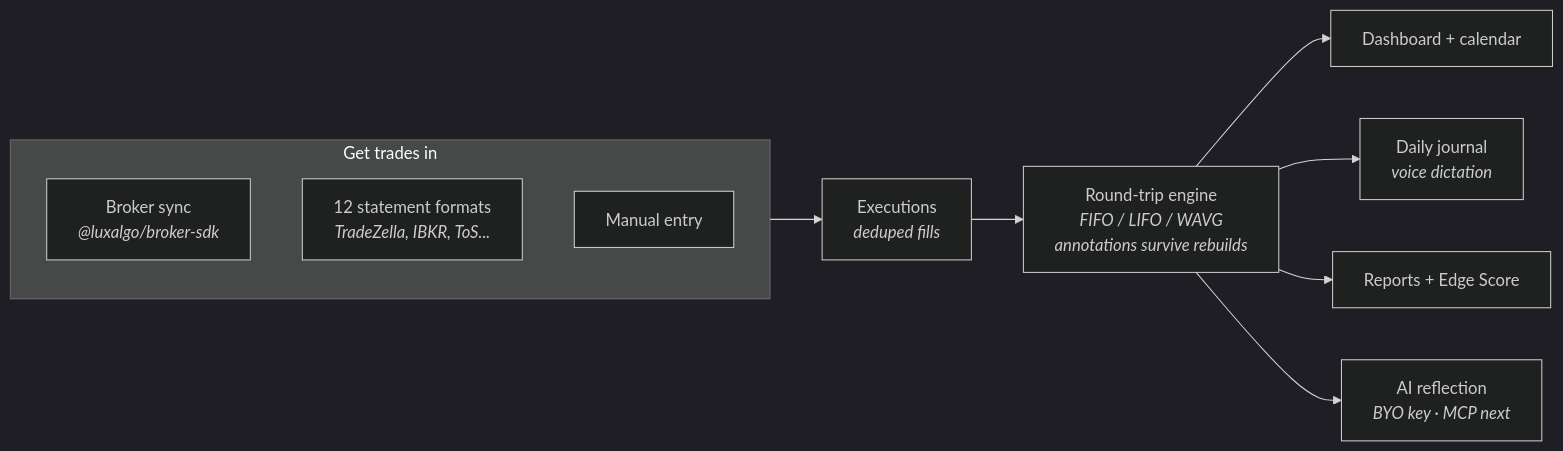
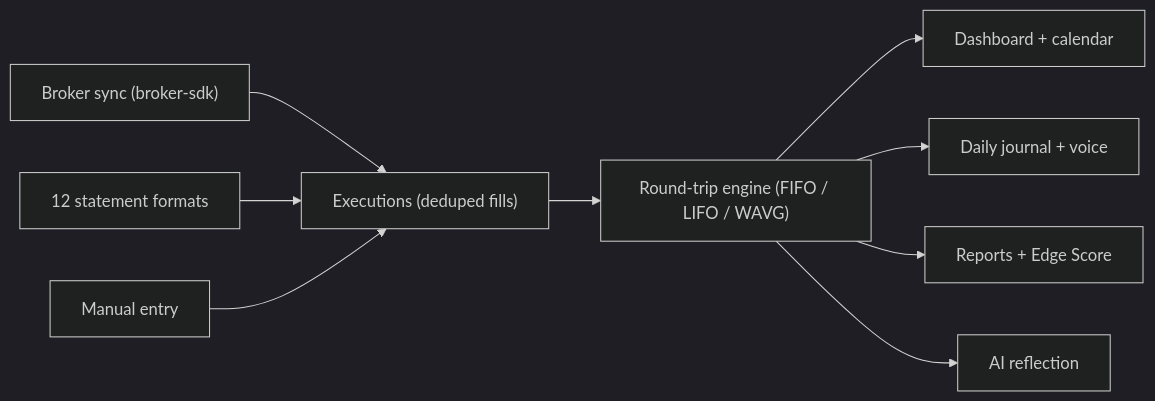
Before and after one commit to fiandev/trade-journal: the diagram in README.md, drawn with Mermaid (dark theme).

Commit message:
readme: simplify architecture diagram so GitHub renders it

````diff
--- a/README.md
+++ b/README.md
@@ -70,14 +70,11 @@
 ```mermaid
 flowchart LR
-    subgraph sources["Get trades in"]
-        BS["Broker sync<br/><i>@luxalgo/broker-sdk</i>"]
-        IM["12 statement formats<br/><i>TradeZella, IBKR, ToS...</i>"]
-        MN["Manual entry"]
-    end
-    sources --> EX["Executions<br/><i>deduped fills</i>"]
-    EX --> RT["Round-trip engine<br/><i>FIFO / LIFO / WAVG<br/>annotations survive rebuilds</i>"]
+    BS["Broker sync (broker-sdk)"] --> EX["Executions (deduped fills)"]
+    IM["12 statement formats"] --> EX
+    MN["Manual entry"] --> EX
+    EX --> RT["Round-trip engine (FIFO / LIFO / WAVG)"]
     RT --> D["Dashboard + calendar"]
-    RT --> J["Daily journal<br/><i>voice dictation</i>"]
+    RT --> J["Daily journal + voice"]
     RT --> R["Reports + Edge Score"]
-    RT --> AI["AI reflection<br/><i>BYO key · MCP next</i>"]
+    RT --> AI["AI reflection"]
 ```
````
